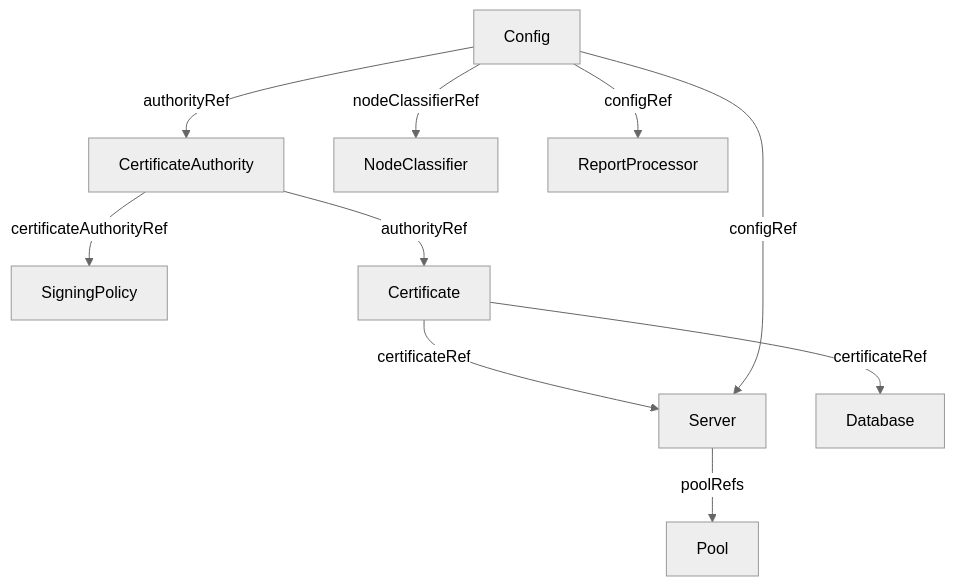
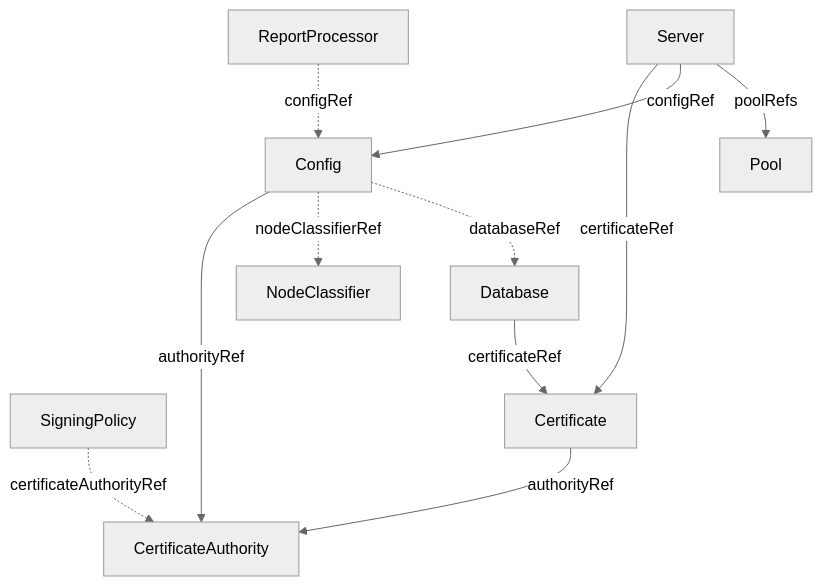
The diagram in docs/reference/index.md (slauger/openvox-operator), drawn with Mermaid (neutral theme) before and after one commit. The commit also changed other lines of this file, not shown here.

Commit message:
docs: fix inverted ref arrows and add databaseRef in CRD reference index
- Diagram showed reverse direction for configRef/certificateRef/
  certificateAuthorityRef edges. Convention (per architecture.md):
  source has the ref field pointing to target.
- Add missing Cfg -.->|databaseRef| DB edge.
- Use dotted arrows for optional refs to match architecture.md.
- Mention databaseRef and ReportProcessor in the surrounding prose.

````diff
--- a/docs/reference/index.md
+++ b/docs/reference/index.md
@@ -7,22 +7,23 @@
 ```mermaid
 graph TD
     Cfg["Config"]
     CA["CertificateAuthority"]
     SP["SigningPolicy"]
     NC["NodeClassifier"]
     RP["ReportProcessor"]
     Cert["Certificate"]
     Srv["Server"]
     DB["Database"]
     Pool["Pool"]
 
     Cfg -->|authorityRef| CA
-    Cfg -->|nodeClassifierRef| NC
-    Cfg -->|configRef| RP
-    CA -->|certificateAuthorityRef| SP
-    CA -->|authorityRef| Cert
-    Cert -->|certificateRef| Srv
-    Cert -->|certificateRef| DB
-    Cfg -->|configRef| Srv
+    Cfg -.->|nodeClassifierRef| NC
+    Cfg -.->|databaseRef| DB
+    SP -.->|certificateAuthorityRef| CA
+    Cert -->|authorityRef| CA
+    Srv -->|certificateRef| Cert
+    DB -->|certificateRef| Cert
+    Srv -->|configRef| Cfg
+    RP -.->|configRef| Cfg
     Srv -->|poolRefs| Pool
 ```
````
